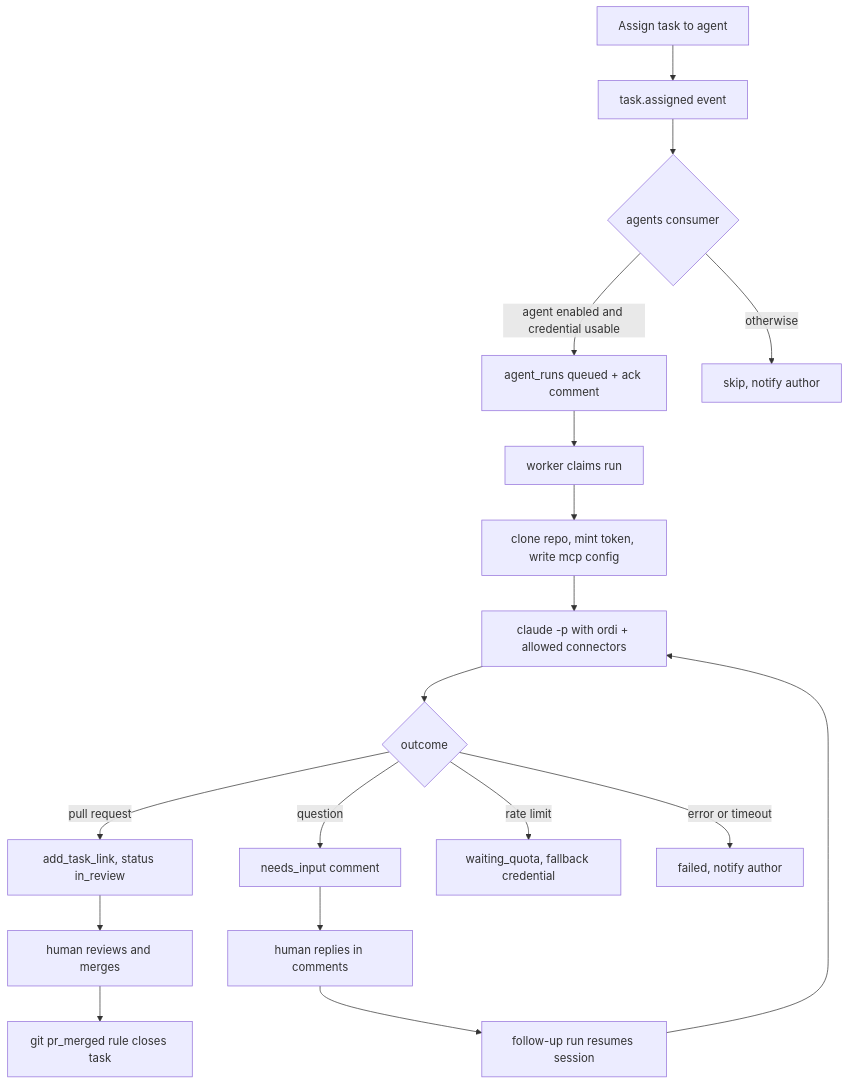
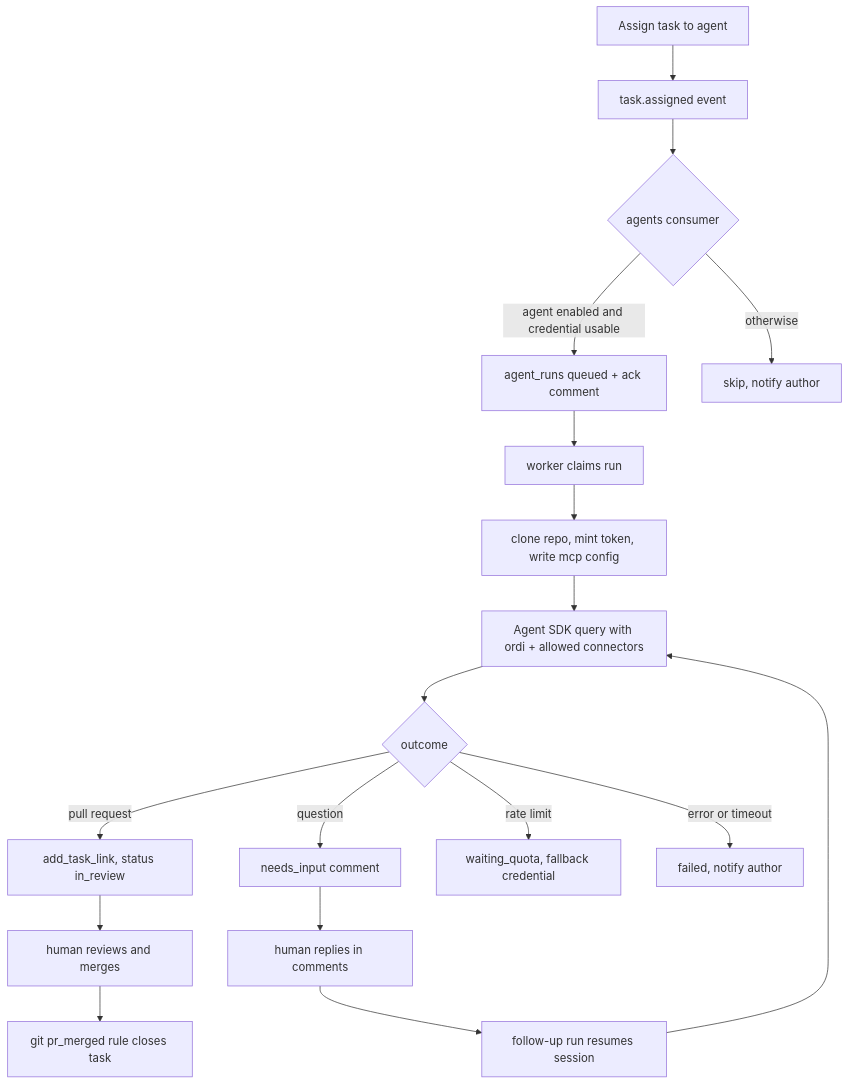
Before and after one commit to romirom11/ordi: the first of 3 diagrams in docs/plans/2026-09-05-001-feature-ai-agent-employees-plan.md, drawn with Mermaid. The commit also changed other lines of this file, not shown here.

Commit message:
Agent plan: drop the last CLI references from flow and assumptions
Claude-Session: https://claude.ai/code/session_0185MMHW5Lp3XNjNnVJ4oDUM

````diff
--- a/docs/plans/2026-09-05-001-feature-ai-agent-employees-plan.md
+++ b/docs/plans/2026-09-05-001-feature-ai-agent-employees-plan.md
@@ -122,20 +122,20 @@
 ```mermaid
 flowchart TB
   A[Assign task to agent] --> B[task.assigned event]
   B --> C{agents consumer}
   C -->|agent enabled and credential usable| D[agent_runs queued + ack comment]
   C -->|otherwise| Z[skip, notify author]
   D --> E[worker claims run]
   E --> F[clone repo, mint token, write mcp config]
-  F --> G[claude -p with ordi + allowed connectors]
+  F --> G[Agent SDK query with ordi + allowed connectors]
   G --> H{outcome}
   H -->|pull request| I[add_task_link, status in_review]
   H -->|question| J[needs_input comment]
   H -->|rate limit| K[waiting_quota, fallback credential]
   H -->|error or timeout| L[failed, notify author]
   I --> M[human reviews and merges]
   M --> N[git pr_merged rule closes task]
   J --> O[human replies in comments]
   O --> P[follow-up run resumes session]
   P --> G
 ```
````
